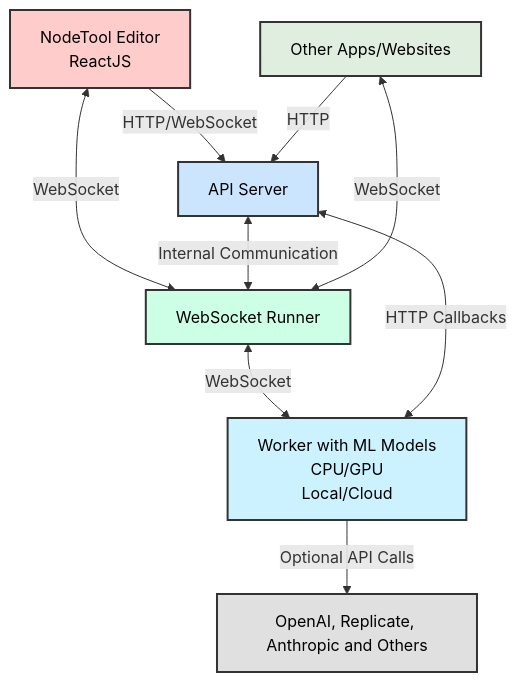
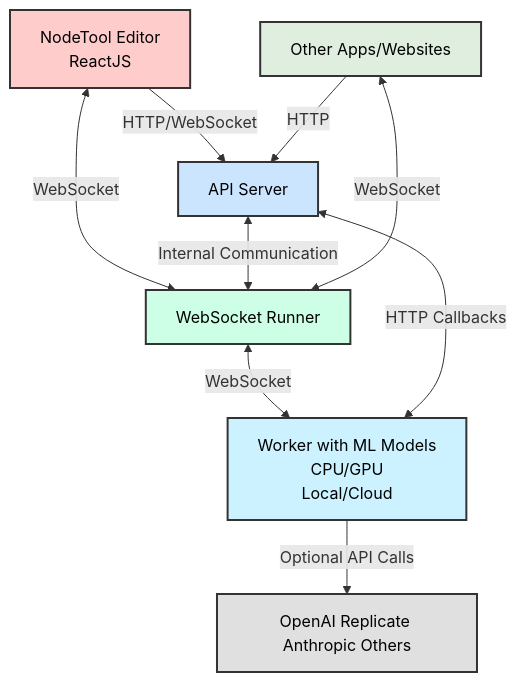
Before and after one commit to nodetool-ai/nodetool: the diagram in README.md, drawn with Mermaid.

Commit message:
Update README.md fix chart2

````diff
--- a/README.md
+++ b/README.md
@@ -138,28 +138,28 @@
 ```mermaid
 graph TD
 A[NodeTool Editor<br>ReactJS] -->|HTTP/WebSocket| B[API Server]
 A <-->|WebSocket| C[WebSocket Runner]
 B <-->|Internal Communication| C
 C <-->|WebSocket| D[Worker with ML Models<br>CPU/GPU<br>Local/Cloud]
 D <-->|HTTP Callbacks| B
 E[Other Apps/Websites] -->|HTTP| B
 E <-->|WebSocket| C
-D -->|Optional API Calls| F[OpenAI, Replicate, Anthropic and Others]
+D -->|Optional API Calls| F[OpenAI Replicate Anthropic Others]
 
 
     classDef default fill:#e0eee0,stroke:#333,stroke-width:2px,color:#000;
     classDef frontend fill:#ffcccc,stroke:#333,stroke-width:2px,color:#000;
     classDef server fill:#cce5ff,stroke:#333,stroke-width:2px,color:#000;
     classDef runner fill:#ccffe5,stroke:#333,stroke-width:2px,color:#000;
     classDef worker fill:#ccf2ff,stroke:#333,stroke-width:2px,color:#000;
     classDef api fill:#e0e0e0,stroke:#333,stroke-width:2px,color:#000;
     classDef darkgray fill:#a9a9a9,stroke:#333,stroke-width:2px,color:#000;
 
 
     class A frontend;
     class B server;
     class C runner;
     class D worker;
     class E other;
-    class F,G,H api;
+    class F api;
 ```
````
